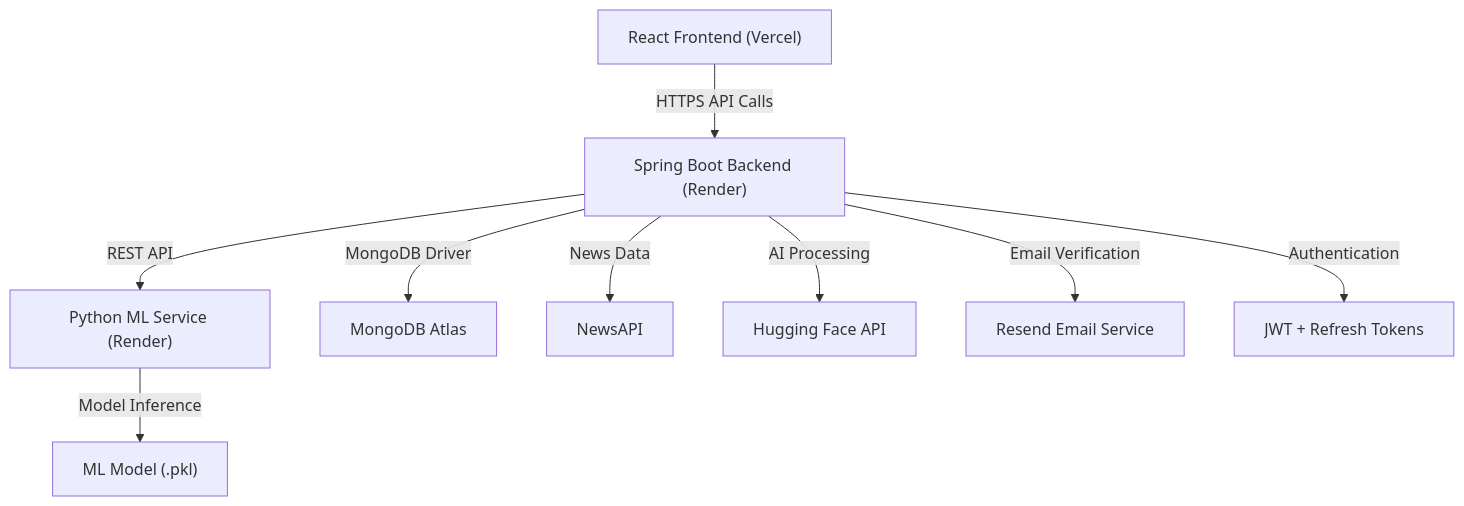
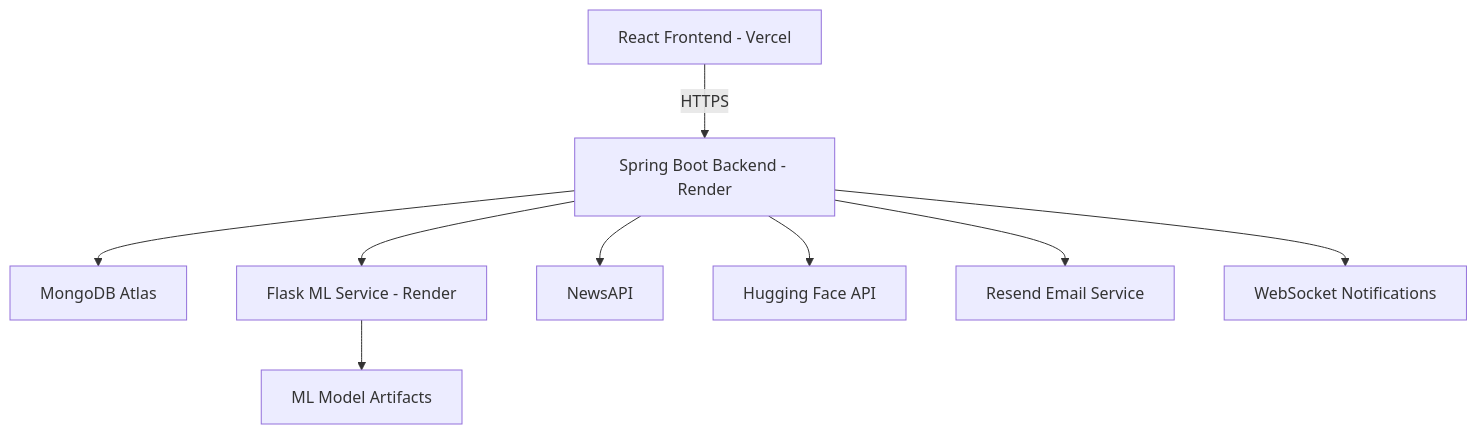
Before and after one commit to AvneshTech/TrueLens-AI-Powered-News-Intelligence-Platform: the diagram in docs/phase-6-deployment.md, drawn with Mermaid. The commit also changed other lines of this file and 1 other file, not shown here.

````diff
--- a/docs/phase-6-deployment.md
+++ b/docs/phase-6-deployment.md
@@ -73,20 +17,20 @@
 ```mermaid
 graph TD
 
-A["React Frontend (Vercel)"]
---> |HTTPS API Calls| B["Spring Boot Backend (Render)"]
+A[React Frontend - Vercel]
+--> |HTTPS| B[Spring Boot Backend - Render]
 
-B --> |REST API| C["Python ML Service (Render)"]
+B --> C[MongoDB Atlas]
 
-B --> |MongoDB Driver| D["MongoDB Atlas"]
+B --> D[Flask ML Service - Render]
 
-B --> |News Data| E["NewsAPI"]
+B --> E[NewsAPI]
 
-B --> |AI Processing| F["Hugging Face API"]
+B --> F[Hugging Face API]
 
-B --> |Email Verification| G["Resend Email Service"]
+B --> G[Resend Email Service]
 
-C --> |Model Inference| H["ML Model (.pkl)"]
+B --> H[WebSocket Notifications]
 
-B --> |Authentication| I["JWT + Refresh Tokens"]
+D --> I[ML Model Artifacts]
 ```
````
